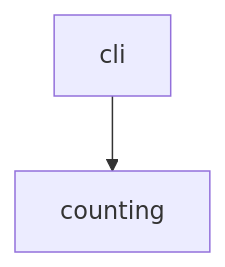
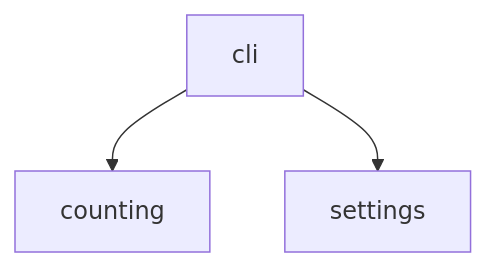
The diagram in docs/architecture.md (ZJUCao/troy-mode-trial), drawn with Mermaid before and after one commit. The commit also changed other lines of this file and 3 other files, not shown here.

Commit message:
[docs] Change the architecture for F08

````diff
--- a/docs/architecture.md
+++ b/docs/architecture.md
@@ -35,4 +36,5 @@
 ```mermaid
 flowchart TD
   cli --> counting
+  cli --> settings
 ```
````
